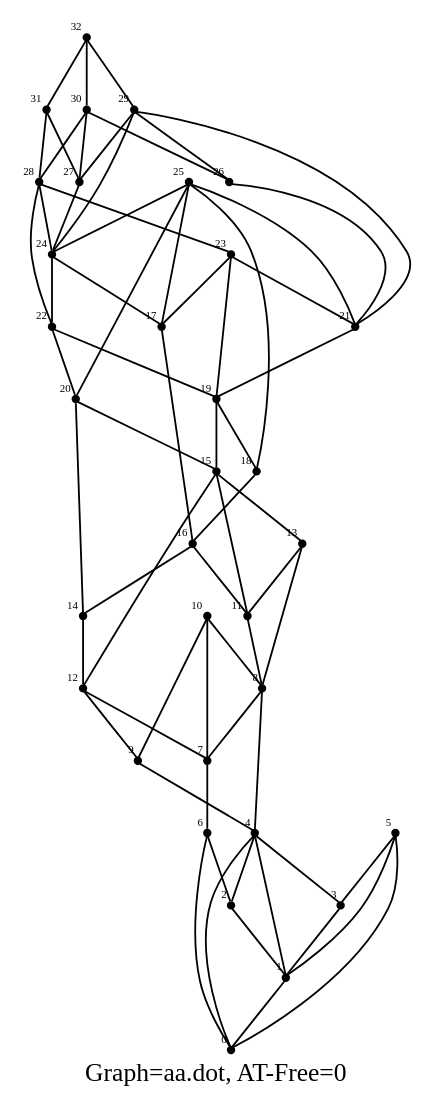
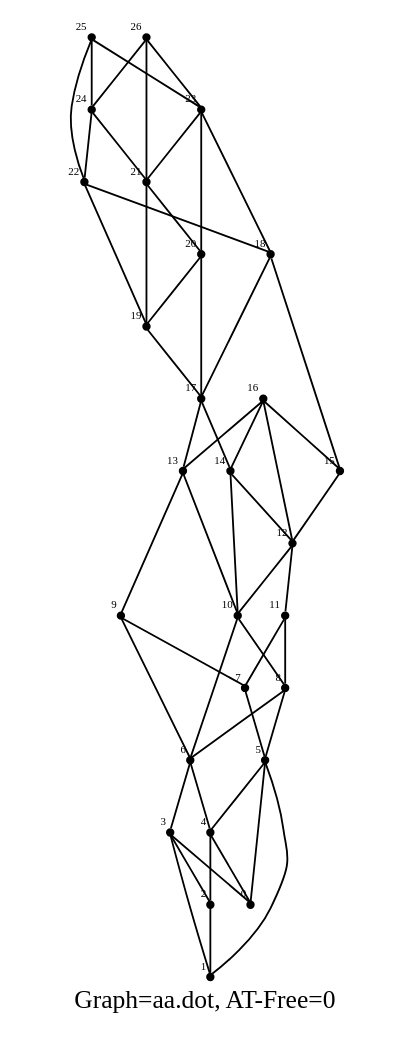
The diagram in examples/simple/aa.dot (sksamal/igraph), drawn with Graphviz before and after one commit. The commit also changed 6 other files, not shown here.

```diff
--- a/examples/simple/aa.dot
+++ b/examples/simple/aa.dot
@@ -3,273 +3,224 @@
   graph [
     name="Graph G"
     label="Graph=aa.dot, AT-Free=0"
-    vertices=33
-    edges=66
+    vertices=27
+    edges=53
     labelloc=bottom
   ];
   0 [
-    pos="0.000000,1.000000!"
+    pos="0.000000,0.000000!"
     shape=point
     fontsize=6
     xlabel=0
   ];
   1 [
-    pos="-0.100000,2.000000!"
+    pos="-0.100000,1.000000!"
     shape=point
     fontsize=6
     xlabel=1
   ];
   2 [
-    pos="0.000000,3.000000!"
+    pos="0.000000,2.000000!"
     shape=point
     fontsize=6
     xlabel=2
   ];
   3 [
-    pos="-0.100000,4.000000!"
+    pos="1.000000,0.000000!"
     shape=point
     fontsize=6
     xlabel=3
   ];
   4 [
-    pos="1.000000,1.000000!"
+    pos="0.900000,1.000000!"
     shape=point
     fontsize=6
     xlabel=4
   ];
   5 [
-    pos="0.900000,2.000000!"
+    pos="1.000000,2.000000!"
     shape=point
     fontsize=6
     xlabel=5
   ];
   6 [
-    pos="1.000000,3.000000!"
+    pos="2.000000,0.000000!"
     shape=point
     fontsize=6
     xlabel=6
   ];
   7 [
-    pos="2.000000,1.000000!"
+    pos="1.900000,1.000000!"
     shape=point
     fontsize=6
     xlabel=7
   ];
   8 [
-    pos="1.900000,2.000000!"
+    pos="2.000000,2.000000!"
     shape=point
     fontsize=6
     xlabel=8
   ];
   9 [
-    pos="2.000000,3.000000!"
+    pos="3.000000,0.000000!"
     shape=point
     fontsize=6
     xlabel=9
   ];
   10 [
-    pos="3.000000,1.000000!"
+    pos="2.900000,1.000000!"
     shape=point
     fontsize=6
     xlabel=10
   ];
   11 [
-    pos="2.900000,2.000000!"
+    pos="3.000000,2.000000!"
     shape=point
     fontsize=6
     xlabel=11
   ];
   12 [
-    pos="3.000000,3.000000!"
+    pos="4.000000,0.000000!"
     shape=point
     fontsize=6
     xlabel=12
   ];
   13 [
-    pos="2.900000,4.000000!"
+    pos="3.900000,1.000000!"
     shape=point
     fontsize=6
     xlabel=13
   ];
   14 [
-    pos="4.000000,1.000000!"
+    pos="4.000000,2.000000!"
     shape=point
     fontsize=6
     xlabel=14
   ];
   15 [
-    pos="3.900000,2.000000!"
+    pos="5.000000,0.000000!"
     shape=point
     fontsize=6
     xlabel=15
   ];
   16 [
-    pos="4.000000,3.000000!"
+    pos="4.900000,1.000000!"
     shape=point
     fontsize=6
     xlabel=16
   ];
   17 [
-    pos="5.000000,1.000000!"
+    pos="5.000000,2.000000!"
     shape=point
     fontsize=6
     xlabel=17
   ];
   18 [
-    pos="4.900000,2.000000!"
+    pos="6.000000,0.000000!"
     shape=point
     fontsize=6
     xlabel=18
   ];
   19 [
-    pos="5.000000,3.000000!"
+    pos="5.900000,1.000000!"
     shape=point
     fontsize=6
     xlabel=19
   ];
   20 [
-    pos="4.900000,4.000000!"
+    pos="6.000000,2.000000!"
     shape=point
     fontsize=6
     xlabel=20
   ];
   21 [
-    pos="6.000000,0.000000!"
+    pos="7.000000,0.000000!"
     shape=point
     fontsize=6
     xlabel=21
   ];
   22 [
-    pos="5.900000,1.000000!"
+    pos="6.900000,1.000000!"
     shape=point
     fontsize=6
     xlabel=22
   ];
   23 [
-    pos="6.000000,2.000000!"
+    pos="7.000000,2.000000!"
     shape=point
     fontsize=6
     xlabel=23
   ];
   24 [
-    pos="5.900000,3.000000!"
+    pos="8.000000,0.000000!"
     shape=point
     fontsize=6
     xlabel=24
   ];
   25 [
-    pos="6.000000,4.000000!"
+    pos="7.900000,1.000000!"
     shape=point
     fontsize=6
     xlabel=25
   ];
   26 [
-    pos="7.000000,1.000000!"
+    pos="8.000000,2.000000!"
     shape=point
     fontsize=6
     xlabel=26
   ];
-  27 [
-    pos="6.900000,2.000000!"
-    shape=point
-    fontsize=6
-    xlabel=27
-  ];
-  28 [
-    pos="7.000000,3.000000!"
-    shape=point
-    fontsize=6
-    xlabel=28
-  ];
-  29 [
-    pos="6.900000,4.000000!"
-    shape=point
-    fontsize=6
-    xlabel=29
-  ];
-  30 [
-    pos="8.000000,1.000000!"
-    shape=point
-    fontsize=6
-    xlabel=30
-  ];
-  31 [
-    pos="7.900000,2.000000!"
-    shape=point
-    fontsize=6
-    xlabel=31
-  ];
-  32 [
-    pos="8.000000,3.000000!"
-    shape=point
-    fontsize=6
-    xlabel=32
-  ];
 
+  3 -- 0;
+  5 -- 0;
   4 -- 0;
-  6 -- 0;
-  5 -- 0;
+  3 -- 1;
   5 -- 1;
-  4 -- 1;
-  1 -- 0;
-  6 -- 2;
   2 -- 1;
   4 -- 2;
-  5 -- 3;
-  4 -- 3;
-  3 -- 1;
-  7 -- 6;
-  10 -- 7;
-  8 -- 7;
+  3 -- 2;
+  6 -- 4;
+  8 -- 5;
+  5 -- 4;
+  9 -- 6;
+  6 -- 3;
+  10 -- 6;
+  8 -- 6;
+  9 -- 7;
+  7 -- 5;
+  11 -- 7;
   10 -- 8;
-  8 -- 4;
-  12 -- 9;
-  9 -- 4;
-  10 -- 9;
-  16 -- 11;
+  13 -- 9;
+  14 -- 10;
+  12 -- 11;
   11 -- 8;
-  15 -- 11;
-  13 -- 11;
+  16 -- 12;
+  12 -- 10;
   15 -- 12;
-  12 -- 7;
   14 -- 12;
-  15 -- 13;
-  13 -- 8;
-  20 -- 14;
+  16 -- 13;
+  13 -- 10;
+  17 -- 13;
   16 -- 14;
-  18 -- 16;
-  23 -- 17;
-  17 -- 16;
-  25 -- 17;
-  25 -- 18;
-  19 -- 18;
+  18 -- 15;
+  16 -- 15;
+  18 -- 17;
+  17 -- 14;
+  19 -- 17;
+  23 -- 18;
   22 -- 19;
-  19 -- 15;
-  23 -- 19;
-  25 -- 20;
-  20 -- 15;
-  22 -- 20;
+  20 -- 19;
+  23 -- 20;
+  20 -- 17;
+  21 -- 20;
   26 -- 21;
-  25 -- 21;
   21 -- 19;
-  29 -- 21;
-  28 -- 22;
+  25 -- 22;
+  22 -- 18;
   24 -- 22;
-  28 -- 23;
+  25 -- 23;
   23 -- 21;
-  28 -- 24;
-  24 -- 17;
-  29 -- 24;
+  24 -- 21;
+  26 -- 24;
   25 -- 24;
-  30 -- 26;
-  29 -- 26;
-  31 -- 27;
-  27 -- 24;
-  30 -- 27;
-  29 -- 27;
-  30 -- 28;
-  31 -- 28;
-  32 -- 31;
-  32 -- 29;
-  32 -- 30;
+  26 -- 23;
 }
```
